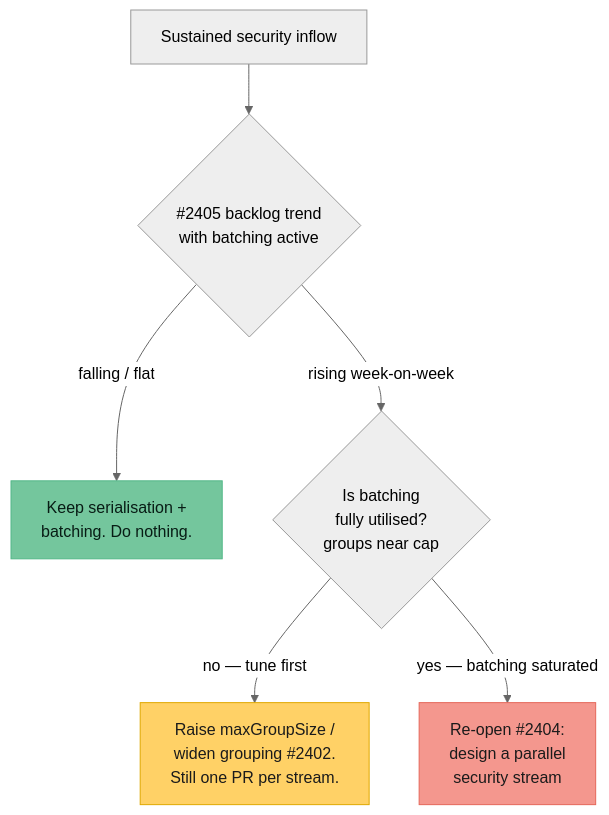
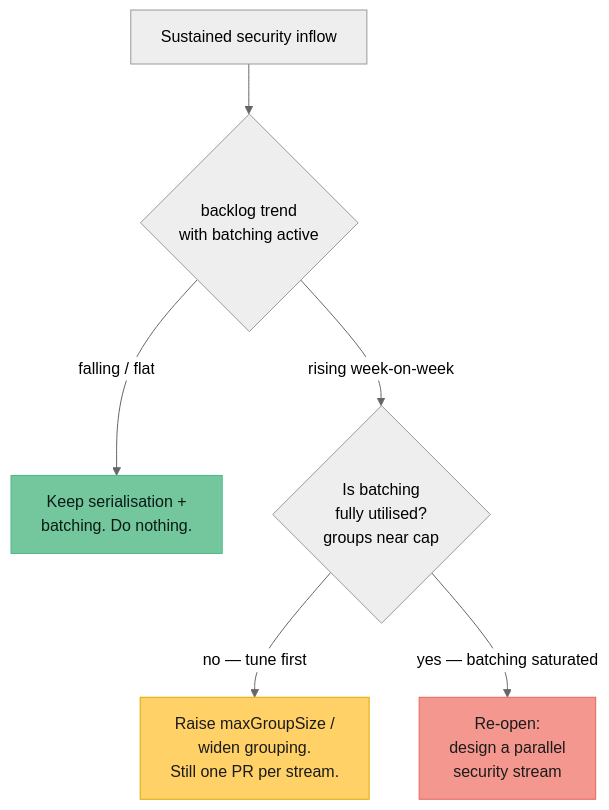
The diagram in docs/SECURITY-WORK-STREAM-PARALLELISM-INVESTIGATION.md (stSoftwareAU/VibeCoder), drawn with Mermaid (neutral theme) before and after one commit. The commit also changed other lines of this file and 291 other files, not shown here.

````diff
--- a/docs/SECURITY-WORK-STREAM-PARALLELISM-INVESTIGATION.md
+++ b/docs/SECURITY-WORK-STREAM-PARALLELISM-INVESTIGATION.md
@@ -76,11 +76,11 @@
 ```mermaid
 flowchart TD
-    A[Sustained security inflow] --> B{#2405 backlog trend<br/>with batching active}
+    A[Sustained security inflow] --> B{ backlog trend<br/>with batching active}
     B -- "falling / flat" --> C[Keep serialisation +<br/>batching. Do nothing.]
     B -- "rising week-on-week" --> D{Is batching<br/>fully utilised?<br/>groups near cap}
-    D -- "no — tune first" --> E[Raise maxGroupSize /<br/>widen grouping #2402.<br/>Still one PR per stream.]
-    D -- "yes — batching saturated" --> F[Re-open #2404:<br/>design a parallel<br/>security stream]
+    D -- "no — tune first" --> E[Raise maxGroupSize /<br/>widen grouping.<br/>Still one PR per stream.]
+    D -- "yes — batching saturated" --> F[Re-open:<br/>design a parallel<br/>security stream]
     style C fill:#74c69d,stroke:#52b788,color:#081c15
     style E fill:#ffd166,stroke:#e0a800,color:#1b1b1b
     style F fill:#f4978e,stroke:#e5675a,color:#1b1b1b
 ```
````
